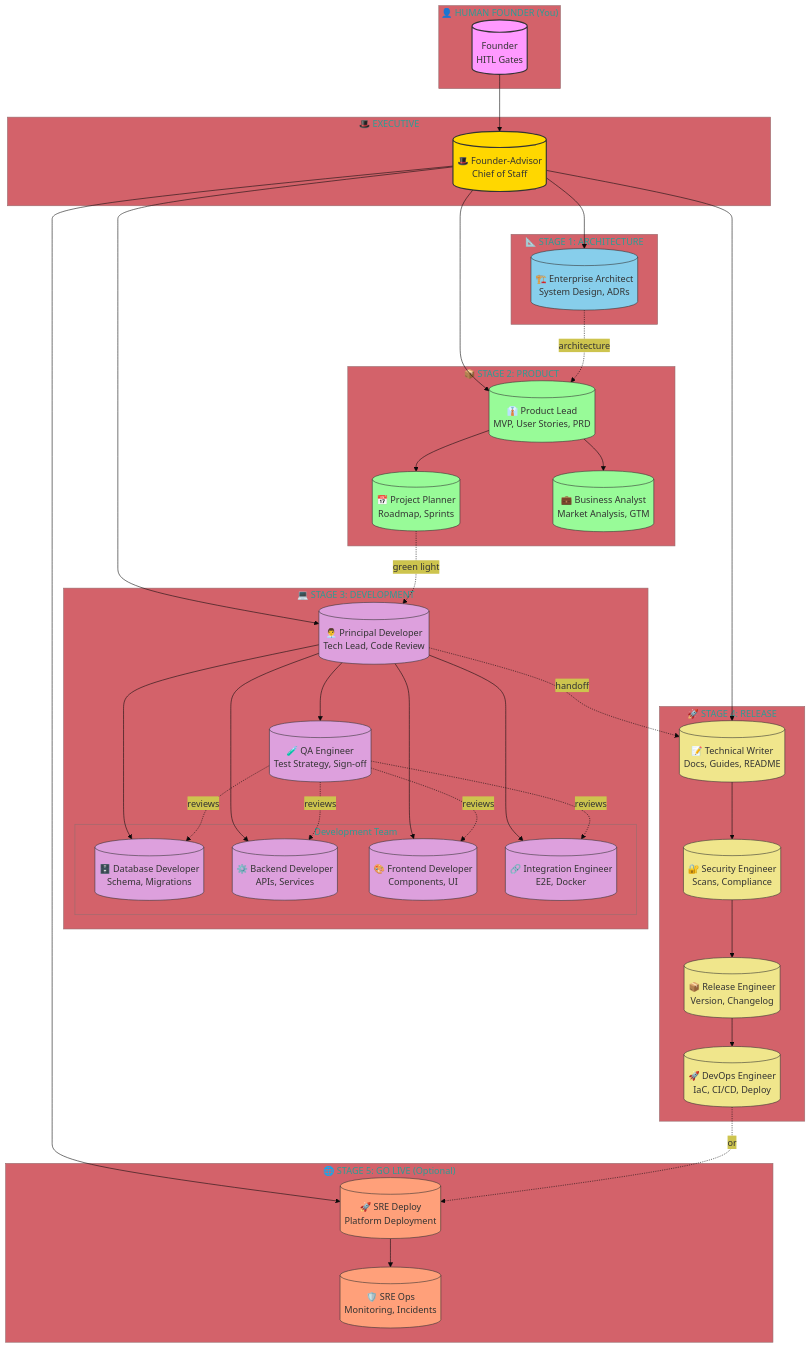
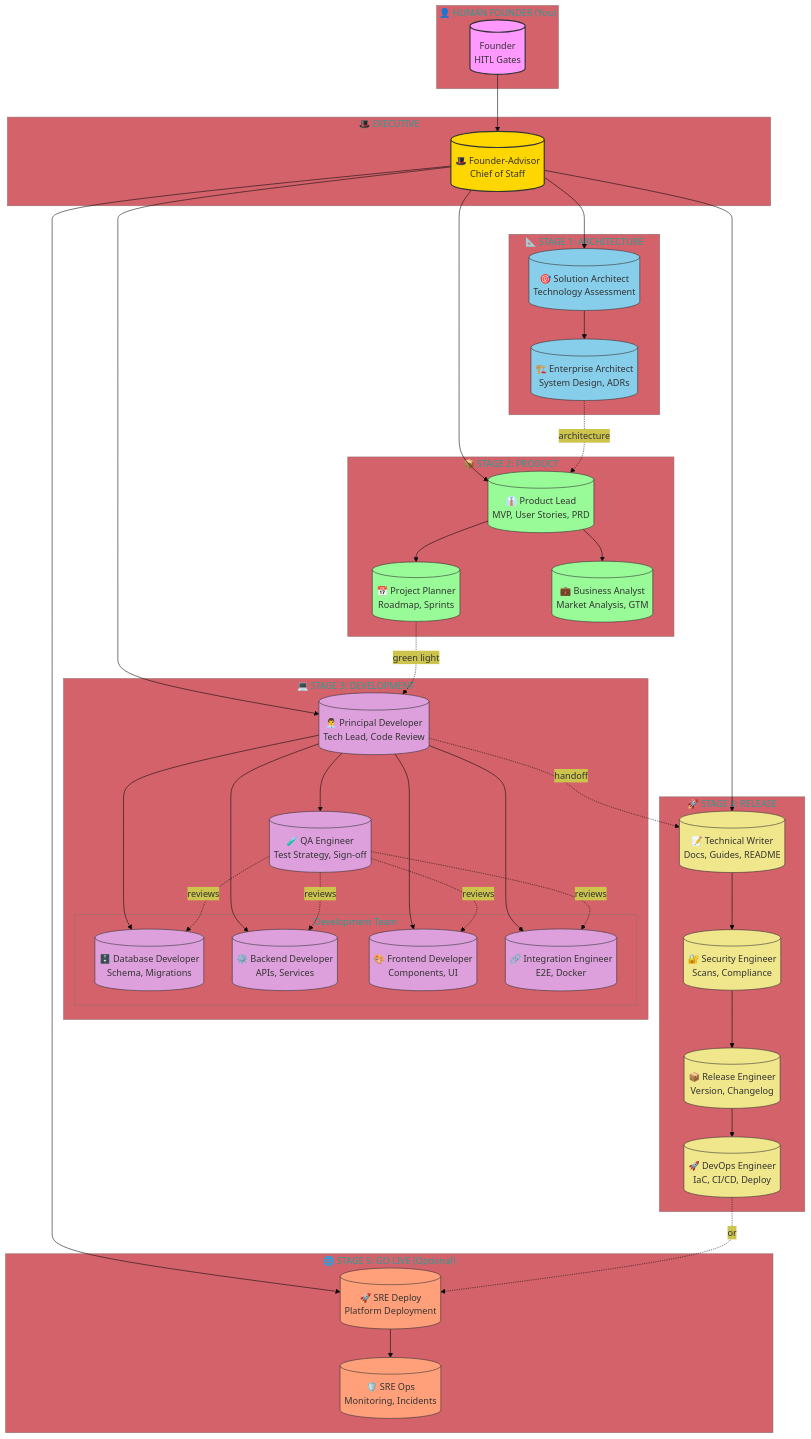
Before and after one commit to vedanta/the-system: the diagram in diagrams/01-org-structure.mermaid, drawn with Mermaid. The commit also changed 11 other files, not shown here.

First line of the commit message:
📊 Update diagrams with Solution Architect integration and agent capabilities (#12)

```diff
--- a/diagrams/01-org-structure.mermaid
+++ b/diagrams/01-org-structure.mermaid
@@ -1,91 +1,93 @@
 %%{init: {'theme': 'base', 'themeVariables': { 'primaryColor': '#4ecdc4'}}}%%
 flowchart TB
     subgraph FOUNDER["👤 HUMAN FOUNDER (You)"]
         F[("Founder<br/>HITL Gates")]
     end
     
     subgraph EXECUTIVE["🎩 EXECUTIVE"]
         FA[("🎩 Founder-Advisor<br/>Chief of Staff")]
     end
     
     subgraph STAGE1["📐 STAGE 1: ARCHITECTURE"]
+        SA[("🎯 Solution Architect<br/>Technology Assessment")]
         EA[("🏗️ Enterprise Architect<br/>System Design, ADRs")]
     end
     
     subgraph STAGE2["📦 STAGE 2: PRODUCT"]
         PL[("👔 Product Lead<br/>MVP, User Stories, PRD")]
         PP[("📅 Project Planner<br/>Roadmap, Sprints")]
         BA[("💼 Business Analyst<br/>Market Analysis, GTM")]
     end
     
     subgraph STAGE3["💻 STAGE 3: DEVELOPMENT"]
         PD[("👨‍💼 Principal Developer<br/>Tech Lead, Code Review")]
         QA[("🧪 QA Engineer<br/>Test Strategy, Sign-off")]
         
         subgraph DEV_TEAM["Development Team"]
             DB[("🗄️ Database Developer<br/>Schema, Migrations")]
             BE[("⚙️ Backend Developer<br/>APIs, Services")]
             FE[("🎨 Frontend Developer<br/>Components, UI")]
             IE[("🔗 Integration Engineer<br/>E2E, Docker")]
         end
     end
     
     subgraph STAGE4["🚀 STAGE 4: RELEASE"]
         TW[("📝 Technical Writer<br/>Docs, Guides, README")]
         SE[("🔐 Security Engineer<br/>Scans, Compliance")]
         RE[("📦 Release Engineer<br/>Version, Changelog")]
         DO[("🚀 DevOps Engineer<br/>IaC, CI/CD, Deploy")]
     end
     
     subgraph STAGE5["🌐 STAGE 5: GO LIVE (Optional)"]
         SRD[("🚀 SRE Deploy<br/>Platform Deployment")]
         SRO[("🛡️ SRE Ops<br/>Monitoring, Incidents")]
     end
     
     %% Relationships
     F --> FA
-    FA --> EA
+    FA --> SA
     FA --> PL
     FA --> PD
     FA --> TW
     FA --> SRD
-    
+
+    SA --> EA
     EA -.->|architecture| PL
     PL --> PP
     PL --> BA
     PP -.->|green light| PD
     
     PD --> QA
     PD --> DB
     PD --> BE
     PD --> FE
     PD --> IE
     QA -.->|reviews| DB
     QA -.->|reviews| BE
     QA -.->|reviews| FE
     QA -.->|reviews| IE
     
     PD -.->|handoff| TW
     TW --> SE
     SE --> RE
     RE --> DO
     
     DO -.->|or| SRD
     SRD --> SRO
     
     %% Styling
     classDef founder fill:#f9f,stroke:#333,stroke-width:2px
     classDef executive fill:#ffd700,stroke:#333,stroke-width:2px
     classDef stage1 fill:#87ceeb,stroke:#333
     classDef stage2 fill:#98fb98,stroke:#333
     classDef stage3 fill:#dda0dd,stroke:#333
     classDef stage4 fill:#f0e68c,stroke:#333
     classDef stage5 fill:#ffa07a,stroke:#333
     
     class F founder
     class FA executive
-    class EA stage1
+    class SA,EA stage1
     class PL,PP,BA stage2
     class PD,QA,DB,BE,FE,IE stage3
     class TW,SE,RE,DO stage4
     class SRD,SRO stage5
```
